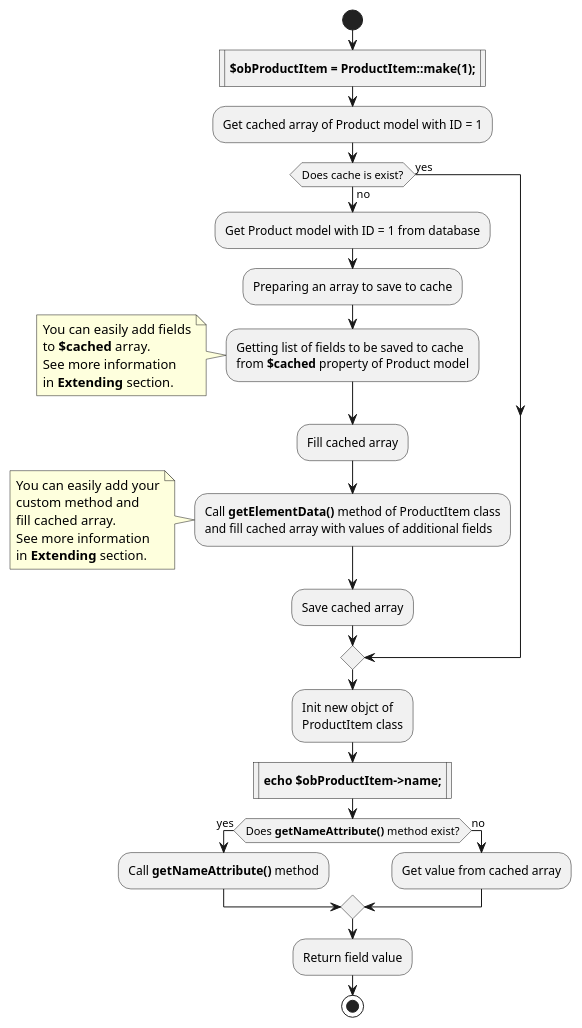
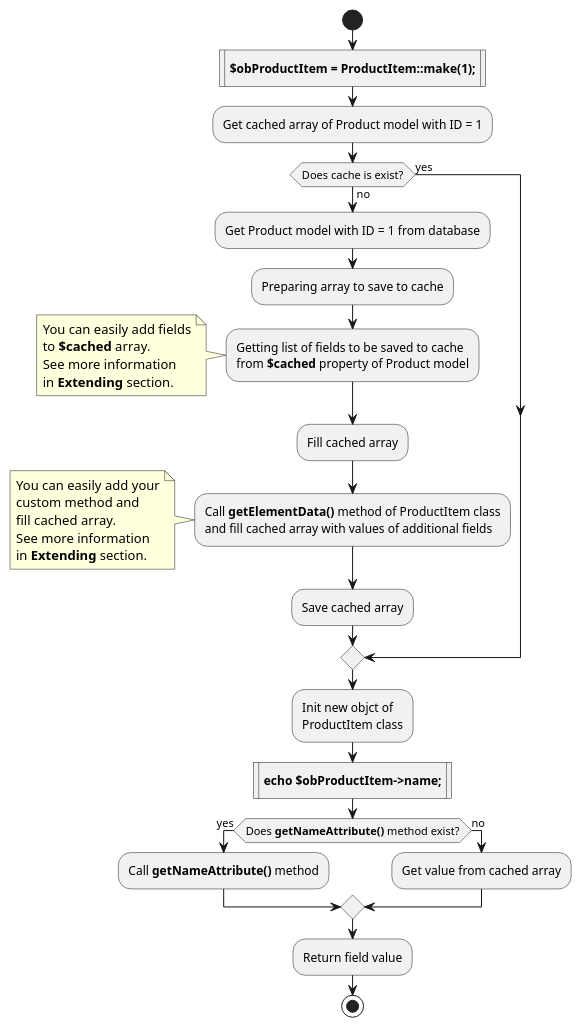
One commit to oc-shopaholic/oc-shopaholic-docs changed the diagram in item-class/item-class.md. Above: the diagram before and after it, drawn with PlantUML. The commit also changed other lines of this file and 122 other files, not shown here.

````diff
--- a/item-class/item-class.md
+++ b/item-class/item-class.md
@@ -30,38 +30,38 @@
 ```plantuml
 @startuml
 start
 :**$obProductItem = ProductItem::make(1);**|
 :Get cached array of Product model with ID = 1;
 if (Does cache is exist?) then (yes)
 else (no)
     :Get Product model with ID = 1 from database;
-    :Preparing an array to save to cache;
+    :Preparing array to save to cache;
     :Getting list of fields to be saved to cache\nfrom **$cached** property of Product model;
     note left
     You can easily add fields
     to **$cached** array.
     See more information
     in **Extending** section.
     end note
     :Fill cached array;
     :Call **getElementData()** method of ProductItem class\nand fill cached array with values of additional fields;
     note left
         You can easily add your
         custom method and
         fill cached array.
         See more information
         in **Extending** section.
         end note
     :Save cached array;
 endif
 :Init new objct of\nProductItem class;
 :**echo $obProductItem->name;**|
 if (Does **getNameAttribute()** method exist?) then (yes)
     :Call **getNameAttribute()** method;
 else (no)
     :Get value from cached array; 
 endif
 :Return field value;
 stop
 @enduml
 ```
````
